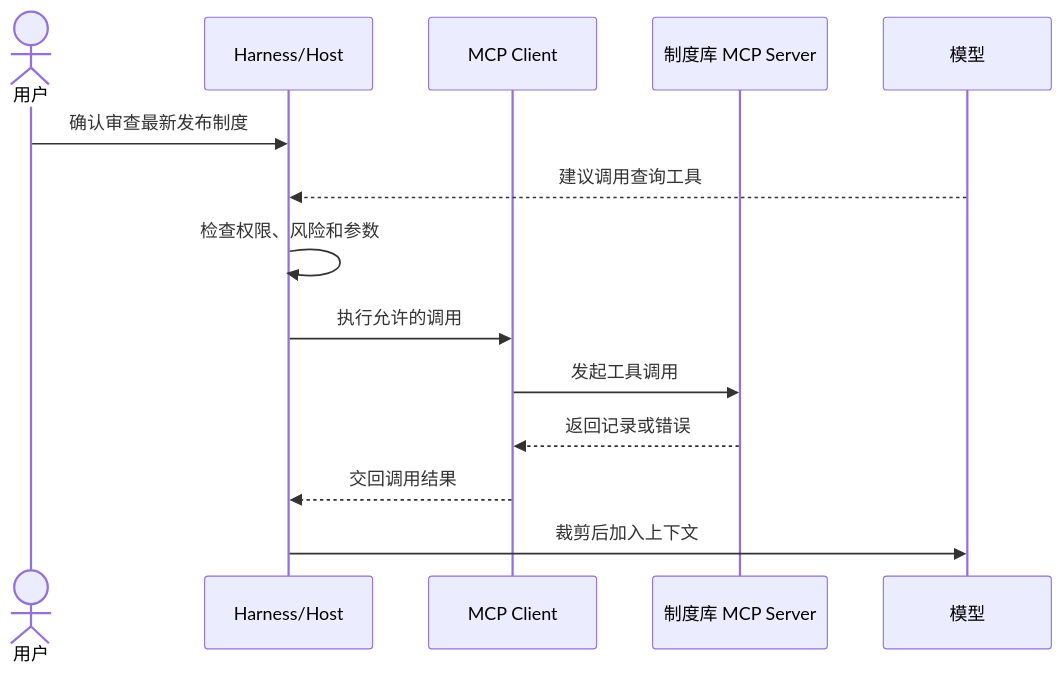
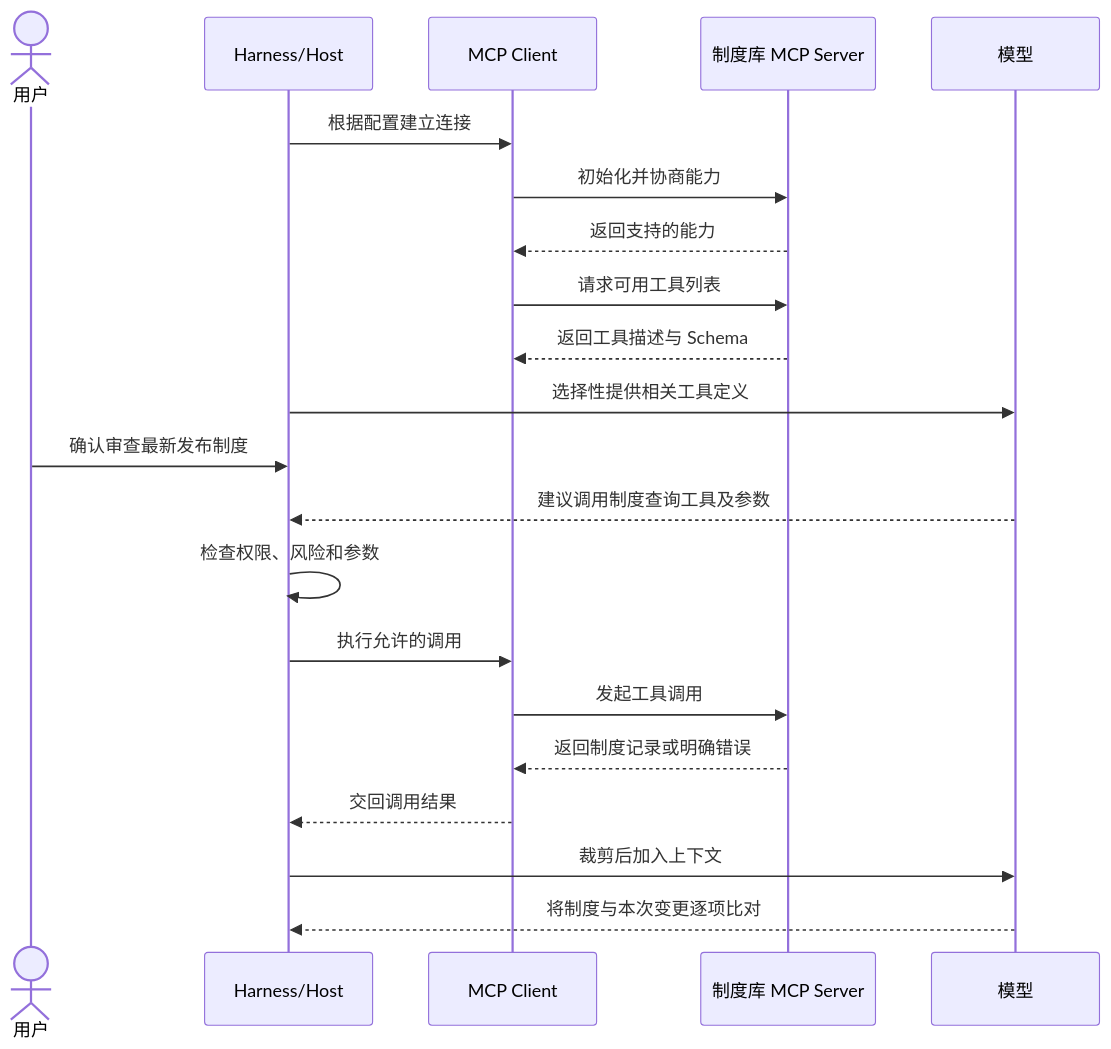
Before and after one commit to FoLaJJ/agent-systems-notes: the sixth of 8 diagrams in docs/03-foundations.md, drawn with Mermaid. The commit also changed other lines of this file and 13 other files, not shown here.

Commit message:
Refine Mermaid diagram layouts

````diff
--- a/docs/03-foundations.md
+++ b/docs/03-foundations.md
@@ -270,16 +246,24 @@
 ```mermaid
 sequenceDiagram
     actor U as 用户
     participant H as Harness/Host
     participant C as MCP Client
     participant S as 制度库 MCP Server
     participant L as 模型
+
+    H->>C: 根据配置建立连接
+    C->>S: 初始化并协商能力
+    S-->>C: 返回支持的能力
+    C->>S: 请求可用工具列表
+    S-->>C: 返回工具描述与 Schema
+    H->>L: 选择性提供相关工具定义
     U->>H: 确认审查最新发布制度
-    L-->>H: 建议调用查询工具
+    L-->>H: 建议调用制度查询工具及参数
     H->>H: 检查权限、风险和参数
     H->>C: 执行允许的调用
     C->>S: 发起工具调用
-    S-->>C: 返回记录或错误
+    S-->>C: 返回制度记录或明确错误
     C-->>H: 交回调用结果
     H->>L: 裁剪后加入上下文
+    L-->>H: 将制度与本次变更逐项比对
 ```
````
